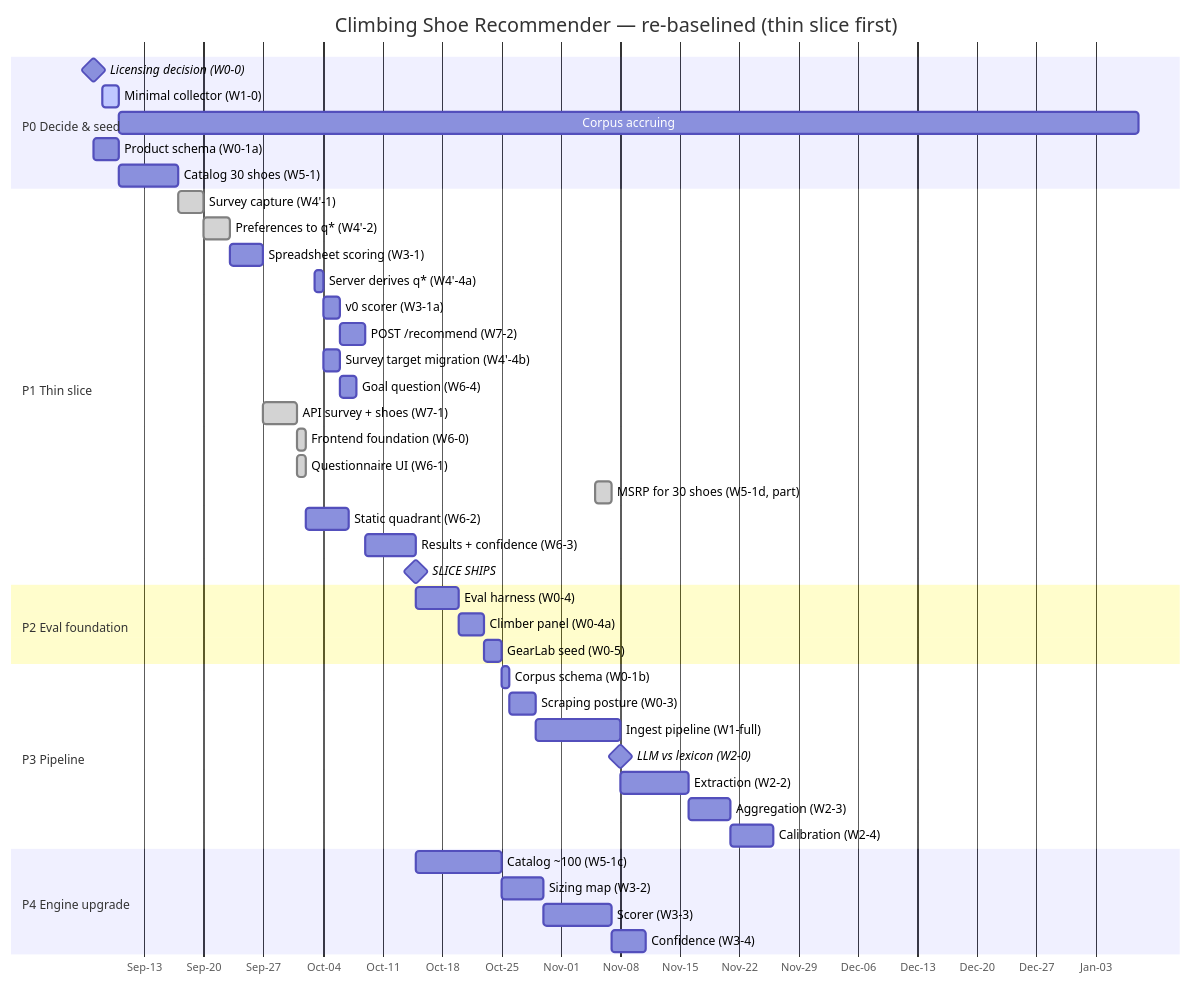
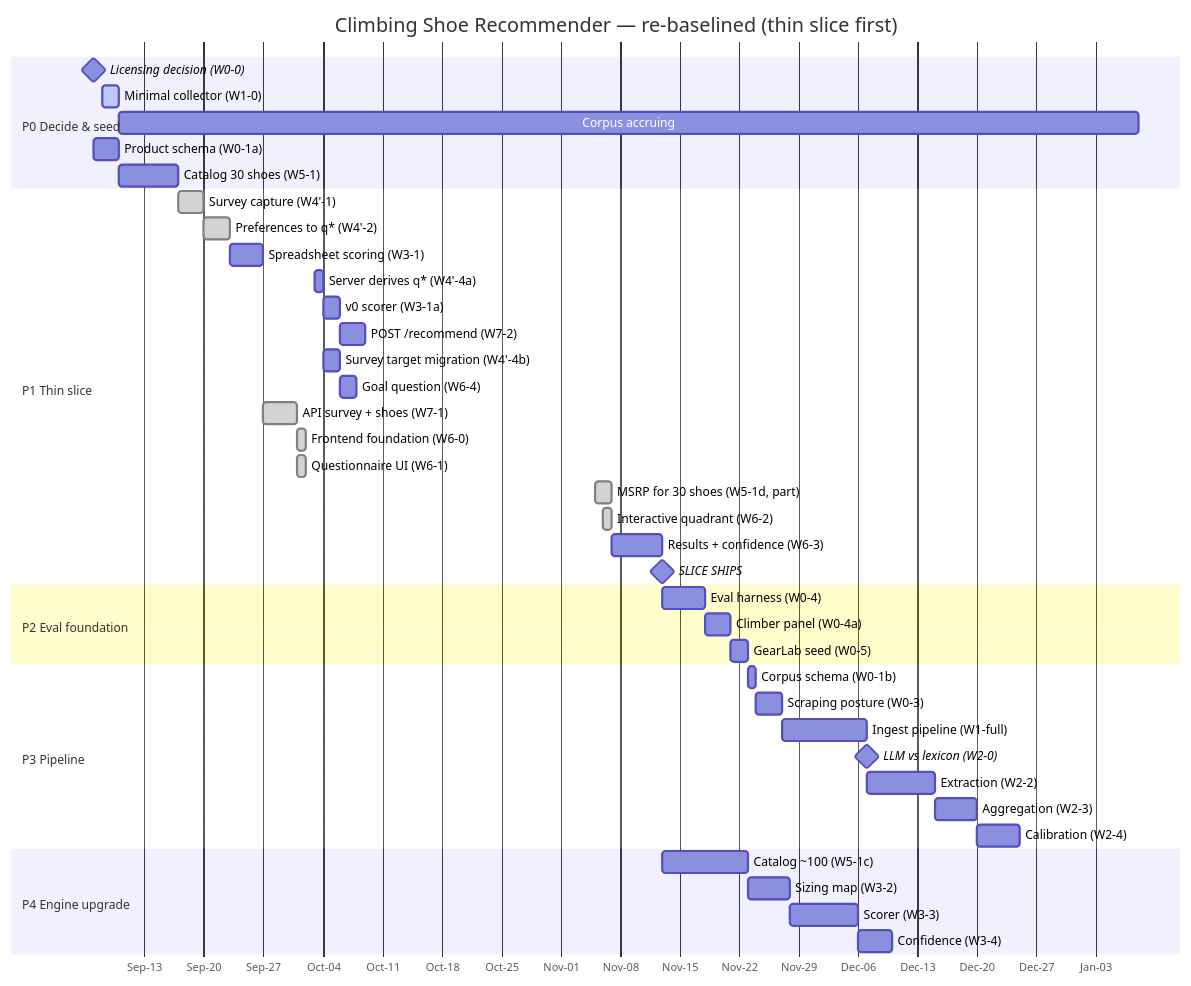
Before and after one commit to barlu3/CruxUp: the second of 2 diagrams in timeline.md, drawn with Mermaid. The commit also changed other lines of this file and 2 other files, not shown here.

````diff
--- a/timeline.md
+++ b/timeline.md
@@ -661,50 +662,50 @@
 ```mermaid
 gantt
   title Climbing Shoe Recommender — re-baselined (thin slice first)
   dateFormat YYYY-MM-DD
   axisFormat %b-%d
 
   section P0 Decide & seed
   Licensing decision (W0-0)        :milestone, m0, 2026-09-07, 0d
   Minimal collector (W1-0)         :active, c0, 2026-09-08, 2d
   Corpus accruing                  :c1, after c0, 120d
   Product schema (W0-1a)           :p0a, 2026-09-07, 3d
   Catalog 30 shoes (W5-1)          :p0b, after p0a, 7d
 
   section P1 Thin slice
   Survey capture (W4'-1)           :done, p1a0, 2026-09-17, 3d
   Preferences to q* (W4'-2)        :done, p1a, after p1a0, 3d
   Spreadsheet scoring (W3-1)       :p1b, after p1a, 4d
   Server derives q* (W4'-4a)       :p1b5, 2026-10-03, 1d
   v0 scorer (W3-1a)                :p1b4, after p1b p1b5, 2d
   POST /recommend (W7-2)           :p1d2, after p1b4, 3d
   Survey target migration (W4'-4b) :p1f, after p1b5, 2d
   Goal question (W6-4)             :p1g, after p1f, 2d
   API survey + shoes (W7-1)        :done, p1b2, after p1b, 4d
   Frontend foundation (W6-0)       :done, p1b3, 2026-10-01, 1d
   Questionnaire UI (W6-1)          :done, p1c, 2026-10-01, 1d
   MSRP for 30 shoes (W5-1d, part)  :done, p1m, 2026-11-05, 2d
-  Static quadrant (W6-2)           :p1d, after p1c, 5d
+  Interactive quadrant (W6-2)      :done, p1d, 2026-11-06, 1d
   Results + confidence (W6-3)      :p1e, after p1d p1d2, 6d
   SLICE SHIPS                      :milestone, m1, after p1e, 0d
 
   section P2 Eval foundation
   Eval harness (W0-4)              :p2a, after p1e, 5d
   Climber panel (W0-4a)            :p2b, after p2a, 3d
   GearLab seed (W0-5)              :p2c, after p2b, 2d
 
   section P3 Pipeline
   Corpus schema (W0-1b)            :p3a, after p2c, 1d
   Scraping posture (W0-3)          :p3b, after p3a, 3d
   Ingest pipeline (W1-full)        :p3c, after p3b, 10d
   LLM vs lexicon (W2-0)            :milestone, m2, after p3c, 0d
   Extraction (W2-2)                :p3d, after p3c, 8d
   Aggregation (W2-3)               :p3e, after p3d, 5d
   Calibration (W2-4)               :p3f, after p3e, 5d
 
   section P4 Engine upgrade
   Catalog ~100 (W5-1c)             :p4w, after m1, 10d
   Sizing map (W3-2)                :p4a, after p4w, 5d
   Scorer (W3-3)                    :p4b, after p4a, 8d
   Confidence (W3-4)                :p4c, after p4b, 4d
 ```
````
